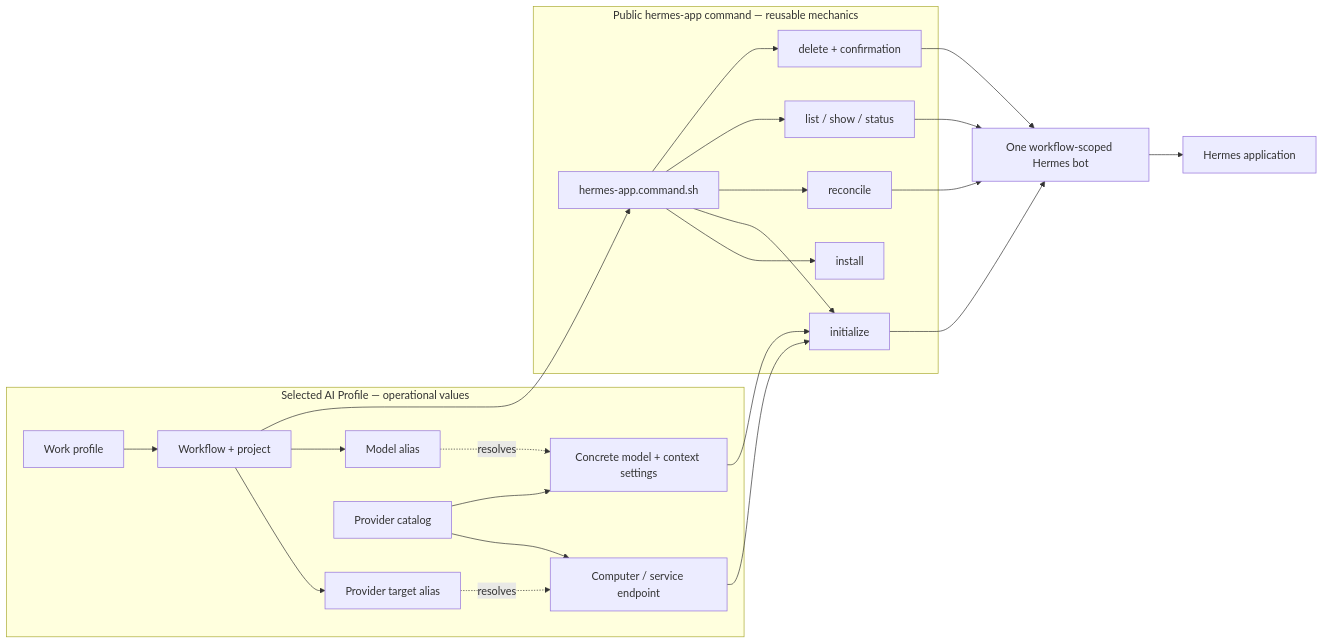
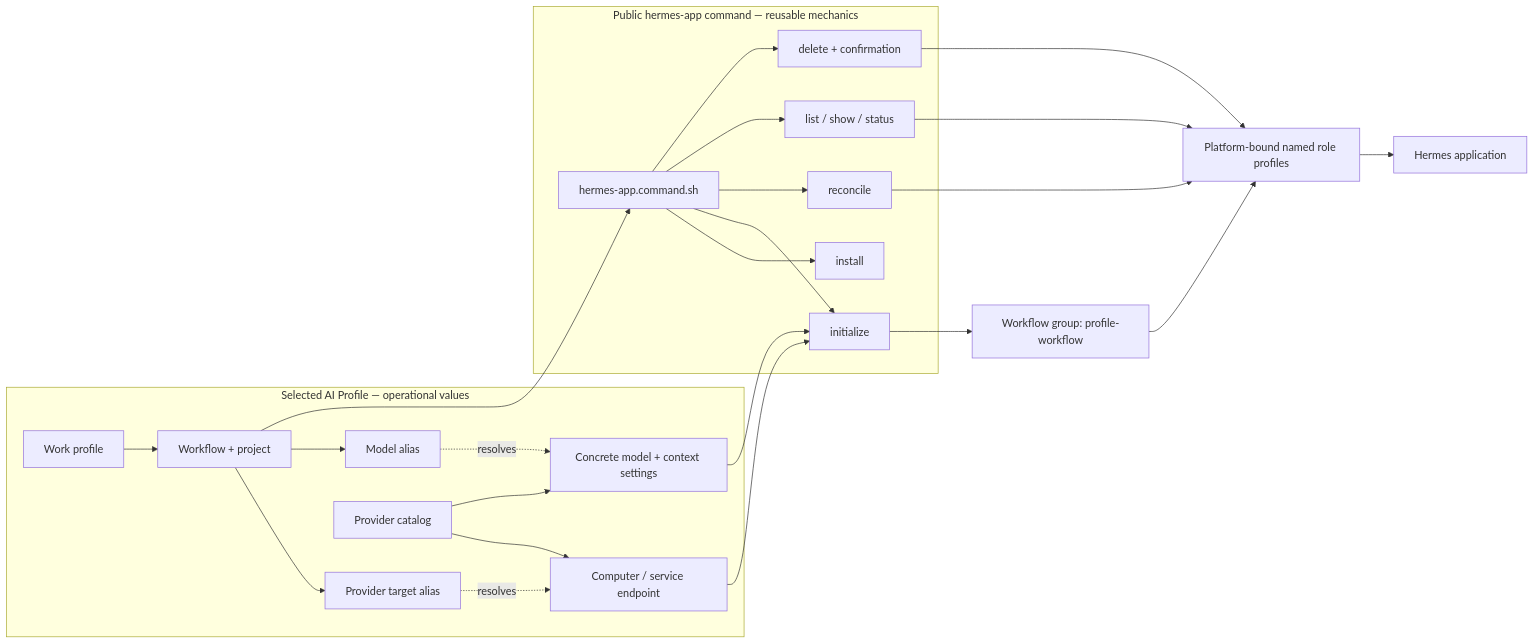
The diagram in ai-commands/hermes-app/hermes-app.command.md (starodubtsevconsulting/ai-fleas), drawn with Mermaid before and after one commit. The commit also changed other lines of this file and 8 other files, not shown here.

Commit message:
Map Hermes workflow roles to group chats

````diff
--- a/ai-commands/hermes-app/hermes-app.command.md
+++ b/ai-commands/hermes-app/hermes-app.command.md
@@ -9,35 +9,36 @@
 ```mermaid
 flowchart LR
   subgraph PrivateProfile["Selected AI Profile — operational values"]
     Profile["Work profile"] --> Workflow["Workflow + project"]
     Workflow --> TargetAlias["Provider target alias"]
     Workflow --> ModelAlias["Model alias"]
     Catalog["Provider catalog"] --> Target["Computer / service endpoint"]
     Catalog --> Model["Concrete model + context settings"]
     TargetAlias -. resolves .-> Target
     ModelAlias -. resolves .-> Model
   end
 
   subgraph PublicCommand["Public hermes-app command — reusable mechanics"]
     Dispatcher["hermes-app.command.sh"]
     Install["install"]
     Initialize["initialize"]
     Reconcile["reconcile"]
     Inspect["list / show / status"]
     Delete["delete + confirmation"]
     Dispatcher --> Install
     Dispatcher --> Initialize
     Dispatcher --> Reconcile
     Dispatcher --> Inspect
     Dispatcher --> Delete
   end
 
   Workflow --> Dispatcher
   Target --> Initialize
   Model --> Initialize
-  Initialize --> Bot["One workflow-scoped Hermes bot"]
-  Reconcile --> Bot
-  Inspect --> Bot
-  Delete --> Bot
-  Bot --> App["Hermes application"]
+  Initialize --> Group["Workflow group: profile-workflow"]
+  Group --> Roster["Platform-bound named role profiles"]
+  Reconcile --> Roster
+  Inspect --> Roster
+  Delete --> Roster
+  Roster --> App["Hermes application"]
 ```
````
